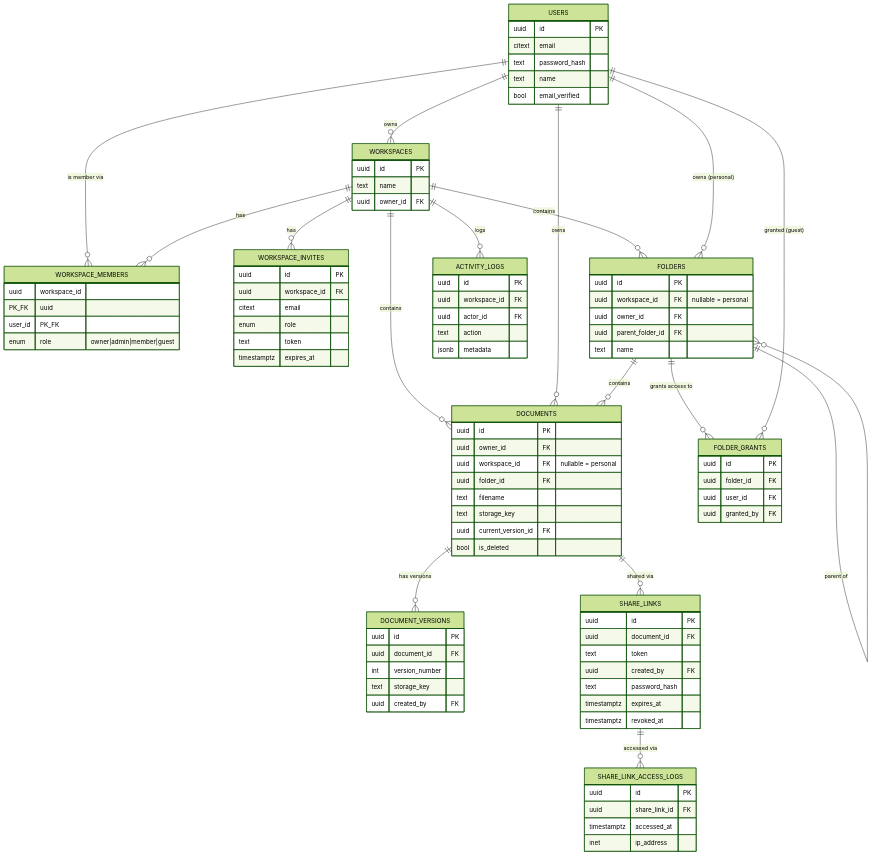
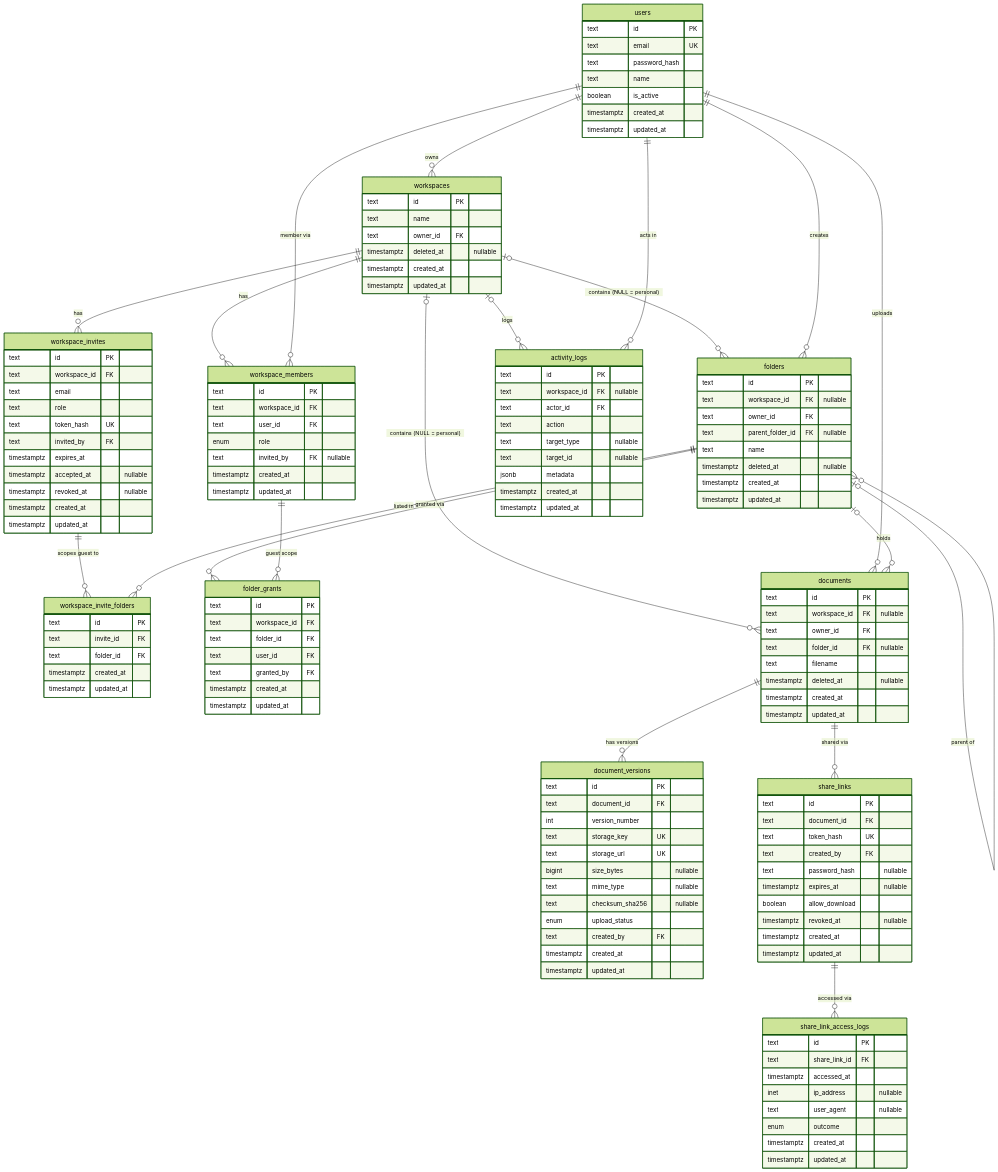
One commit to Amol892/DocVault changed the diagram in PRD/04-database-schema.md. Above: the diagram before and after it, drawn with Mermaid (forest theme). The commit also changed other lines of this file and 25 other files, not shown here.

````diff
--- a/PRD/04-database-schema.md
+++ b/PRD/04-database-schema.md
@@ -13,97 +57,145 @@
 ```mermaid
 erDiagram
-    USERS ||--o{ WORKSPACES : owns
-    USERS ||--o{ WORKSPACE_MEMBERS : "is member via"
-    WORKSPACES ||--o{ WORKSPACE_MEMBERS : has
-    WORKSPACES ||--o{ WORKSPACE_INVITES : has
-    WORKSPACES ||--o{ FOLDERS : contains
-    WORKSPACES ||--o{ DOCUMENTS : contains
-    WORKSPACES ||--o{ ACTIVITY_LOGS : logs
-    USERS ||--o{ FOLDERS : "owns (personal)"
-    USERS ||--o{ DOCUMENTS : owns
-    FOLDERS ||--o{ FOLDERS : "parent of"
-    FOLDERS ||--o{ DOCUMENTS : contains
-    FOLDERS ||--o{ FOLDER_GRANTS : "grants access to"
-    USERS ||--o{ FOLDER_GRANTS : "granted (guest)"
-    DOCUMENTS ||--o{ DOCUMENT_VERSIONS : "has versions"
-    DOCUMENTS ||--o{ SHARE_LINKS : "shared via"
-    SHARE_LINKS ||--o{ SHARE_LINK_ACCESS_LOGS : "accessed via"
+    users ||--o{ workspaces : "owns"
+    workspaces ||--o{ workspace_members : "has"
+    users ||--o{ workspace_members : "member via"
+    workspaces ||--o{ workspace_invites : "has"
+    workspace_invites ||--o{ workspace_invite_folders : "scopes guest to"
+    folders ||--o{ workspace_invite_folders : "listed in"
+    workspaces |o--o{ folders : "contains (NULL = personal)"
+    users ||--o{ folders : "creates"
+    folders |o--o{ folders : "parent of"
+    folders ||--o{ folder_grants : "granted via"
+    workspace_members ||--o{ folder_grants : "guest scope"
+    workspaces |o--o{ documents : "contains (NULL = personal)"
+    users ||--o{ documents : "uploads"
+    folders |o--o{ documents : "holds"
+    documents ||--o{ document_versions : "has versions"
+    documents ||--o{ share_links : "shared via"
+    share_links ||--o{ share_link_access_logs : "accessed via"
+    workspaces |o--o{ activity_logs : "logs"
+    users ||--o{ activity_logs : "acts in"
 
-    USERS {
-        uuid id PK
-        citext email
+    users {
+        text id PK
+        text email UK
         text password_hash
         text name
-        bool email_verified
+        boolean is_active
+        timestamptz created_at
+        timestamptz updated_at
     }
-    WORKSPACES {
-        uuid id PK
+    workspaces {
+        text id PK
         text name
-        uuid owner_id FK
+        text owner_id FK
+        timestamptz deleted_at "nullable"
+        timestamptz created_at
+        timestamptz updated_at
     }
-    WORKSPACE_MEMBERS {
-        uuid workspace_id PK_FK
-        uuid user_id PK_FK
-        enum role "owner|admin|member|guest"
+    workspace_members {
+        text id PK
+        text workspace_id FK
+        text user_id FK
+        enum role
+        text invited_by FK "nullable"
+        timestamptz created_at
+        timestamptz updated_at
     }
-    WORKSPACE_INVITES {
-        uuid id PK
-        uuid workspace_id FK
-        citext email
-        enum role
-        text token
+    workspace_invites {
+        text id PK
+        text workspace_id FK
+        text email
+        text role
+        text token_hash UK
+        text invited_by FK
         timestamptz expires_at
+        timestamptz accepted_at "nullable"
+        timestamptz revoked_at "nullable"
+        timestamptz created_at
+        timestamptz updated_at
     }
-    FOLDERS {
-        uuid id PK
-        uuid workspace_id FK "nullable = personal"
-        uuid owner_id FK
-        uuid parent_folder_id FK
+    workspace_invite_folders {
+        text id PK
+        text invite_id FK
+        text folder_id FK
+        timestamptz created_at
+        timestamptz updated_at
+    }
+    folders {
+        text id PK
+        text workspace_id FK "nullable"
+        text owner_id FK
+        text parent_folder_id FK "nullable"
         text name
+        timestamptz deleted_at "nullable"
+        timestamptz created_at
+        timestamptz updated_at
     }
-    FOLDER_GRANTS {
-        uuid id PK
-        uuid folder_id FK
-        uuid user_id FK
-        uuid granted_by FK
+    folder_grants {
+        text id PK
+        text workspace_id FK
+        text folder_id FK
+        text user_id FK
+        text granted_by FK
+        timestamptz created_at
+        timestamptz updated_at
     }
-    DOCUMENTS {
-        uuid id PK
-        uuid owner_id FK
-        uuid workspace_id FK "nullable = personal"
-        uuid folder_id FK
+    documents {
+        text id PK
+        text workspace_id FK "nullable"
+        text owner_id FK
+        text folder_id FK "nullable"
         text filename
-        text storage_key
-        uuid current_version_id FK
-        bool is_deleted
+        timestamptz deleted_at "nullable"
+        timestamptz created_at
+        timestamptz updated_at
     }
-    DOCUMENT_VERSIONS {
-        uuid id PK
-        uuid document_id FK
+    document_versions {
+        text id PK
+        text document_id FK
         int version_number
-        text storage_key
-        uuid created_by FK
+        text storage_key UK
+        text storage_url UK
+        bigint size_bytes "nullable"
+        text mime_type "nullable"
+        text checksum_sha256 "nullable"
+        enum upload_status
+        text created_by FK
+        timestamptz created_at
+        timestamptz updated_at
     }
-    SHARE_LINKS {
-        uuid id PK
-        uuid document_id FK
-        text token
-        uuid created_by FK
-        text password_hash
-        timestamptz expires_at
-        timestamptz revoked_at
+    share_links {
+        text id PK
+        text document_id FK
+        text token_hash UK
+        text created_by FK
+        text password_hash "nullable"
+        timestamptz expires_at "nullable"
+        boolean allow_download
+        timestamptz revoked_at "nullable"
+        timestamptz created_at
+        timestamptz updated_at
     }
-    SHARE_LINK_ACCESS_LOGS {
-        uuid id PK
-        uuid share_link_id FK
+    share_link_access_logs {
+        text id PK
+        text share_link_id FK
         timestamptz accessed_at
-        inet ip_address
+        inet ip_address "nullable"
+        text user_agent "nullable"
+        enum outcome
+        timestamptz created_at
+        timestamptz updated_at
     }
-    ACTIVITY_LOGS {
-        uuid id PK
-        uuid workspace_id FK
-        uuid actor_id FK
+    activity_logs {
+        text id PK
+        text workspace_id FK "nullable"
+        text actor_id FK
         text action
+        text target_type "nullable"
+        text target_id "nullable"
         jsonb metadata
+        timestamptz created_at
+        timestamptz updated_at
     }
 ```
````
